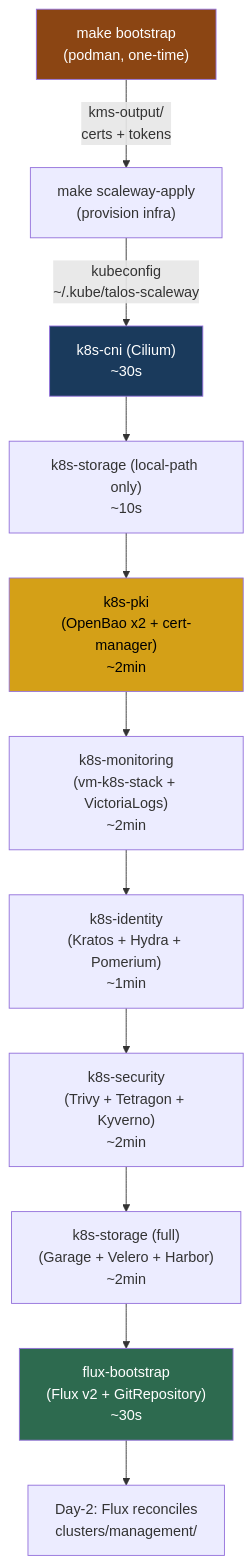
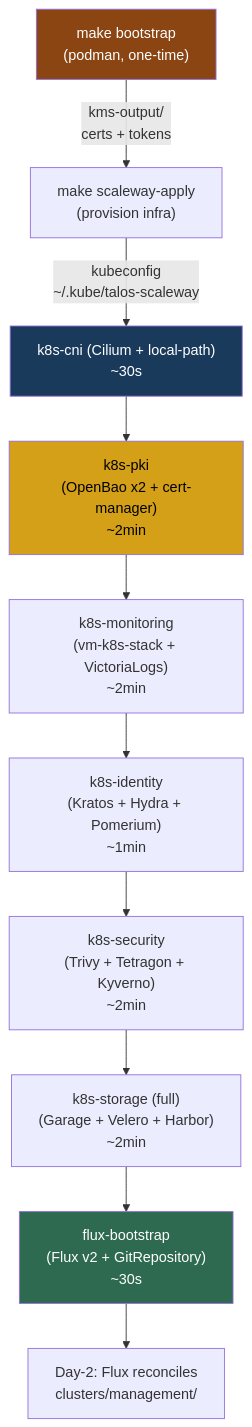
The fifth of 7 diagrams in docs/hld-talos-platform.md (Destynova2/st4ck), drawn with Mermaid before and after one commit. The commit also changed other lines of this file and 18 other files, not shown here.

First line of the commit message:
fix(storage): drop stale local-path chart fetch

````diff
--- a/docs/hld-talos-platform.md
+++ b/docs/hld-talos-platform.md
@@ -277,18 +277,17 @@
 ```mermaid
 graph TD
     B["make bootstrap<br/>(podman, one-time)"] --> |"kms-output/<br/>certs + tokens"| ENV
     ENV["make scaleway-apply<br/>(provision infra)"] --> |"kubeconfig<br/>~/.kube/talos-scaleway"| CNI
-    CNI["k8s-cni (Cilium)<br/>~30s"] --> STORAGE_LP["k8s-storage (local-path only)<br/>~10s"]
-    STORAGE_LP --> PKI["k8s-pki<br/>(OpenBao x2 + cert-manager)<br/>~2min"]
+    CNI["k8s-cni (Cilium + local-path)<br/>~30s"] --> PKI["k8s-pki<br/>(OpenBao x2 + cert-manager)<br/>~2min"]
     PKI --> MON["k8s-monitoring<br/>(vm-k8s-stack + VictoriaLogs)<br/>~2min"]
     MON --> IDENT["k8s-identity<br/>(Kratos + Hydra + Pomerium)<br/>~1min"]
     IDENT --> SEC["k8s-security<br/>(Trivy + Tetragon + Kyverno)<br/>~2min"]
     SEC --> STOR["k8s-storage (full)<br/>(Garage + Velero + Harbor)<br/>~2min"]
     STOR --> FLUX["flux-bootstrap<br/>(Flux v2 + GitRepository)<br/>~30s"]
     FLUX --> DAY2["Day-2: Flux reconciles<br/>clusters/management/"]
 
     style B fill:#8B4513,color:#fff
     style CNI fill:#1a3a5c,color:#fff
     style PKI fill:#d4a017,color:#000
     style FLUX fill:#2d6a4f,color:#fff
 ```
````
